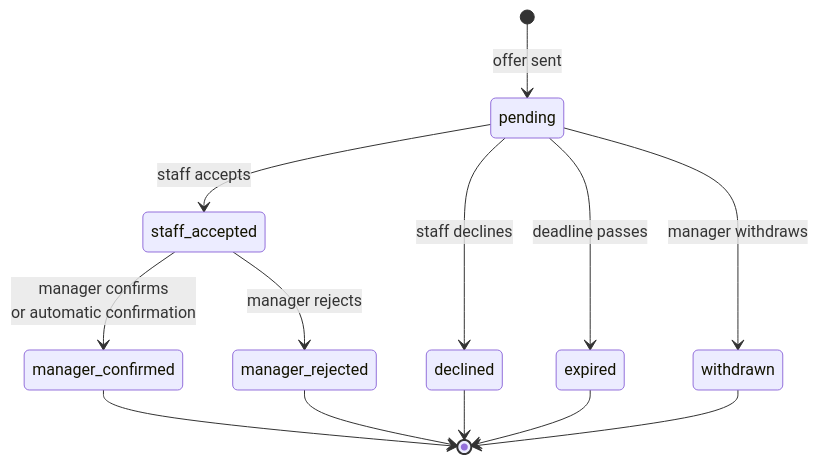
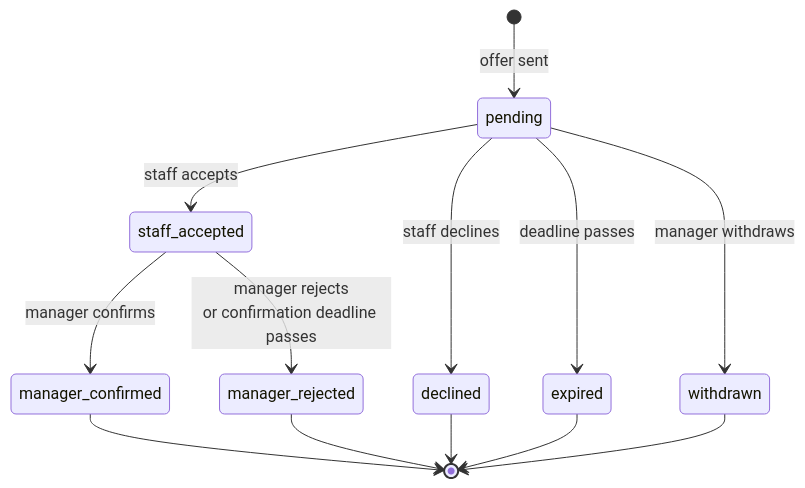
One commit to Rabblo06/rab-recurit changed the second of 2 diagrams in packages/rab-docs/shifts/overview.mdx. Above: the diagram before and after it, drawn with Mermaid. The commit also changed other lines of this file and 39 other files, not shown here.

First line of the commit message:
docs: no automatic confirmation; confirmation deadline at start - 30 min

````diff
--- a/packages/rab-docs/shifts/overview.mdx
+++ b/packages/rab-docs/shifts/overview.mdx
@@ -61,15 +61,15 @@
 ```mermaid
 stateDiagram-v2
     [*] --> pending: offer sent
     pending --> staff_accepted: staff accepts
     pending --> declined: staff declines
     pending --> expired: deadline passes
     pending --> withdrawn: manager withdraws
-    staff_accepted --> manager_confirmed: manager confirms<br/>or automatic confirmation
-    staff_accepted --> manager_rejected: manager rejects
+    staff_accepted --> manager_confirmed: manager confirms
+    staff_accepted --> manager_rejected: manager rejects<br/>or confirmation deadline passes
     manager_confirmed --> [*]
     manager_rejected --> [*]
     declined --> [*]
     expired --> [*]
     withdrawn --> [*]
 ```
````
